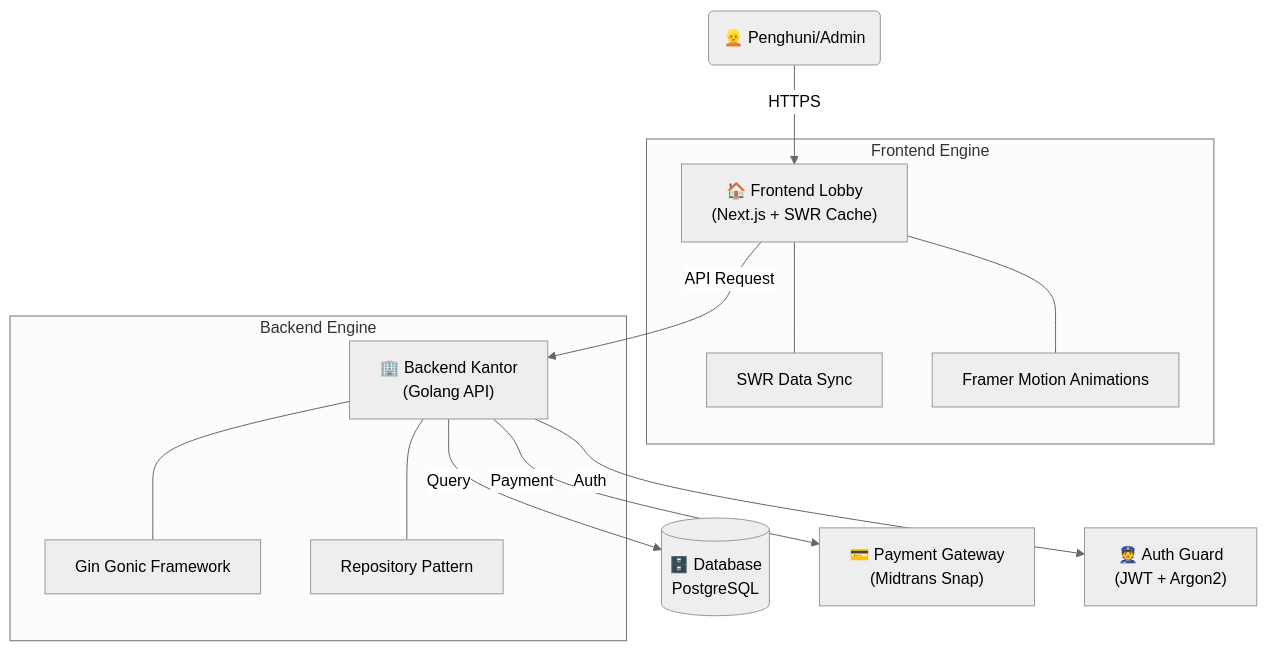
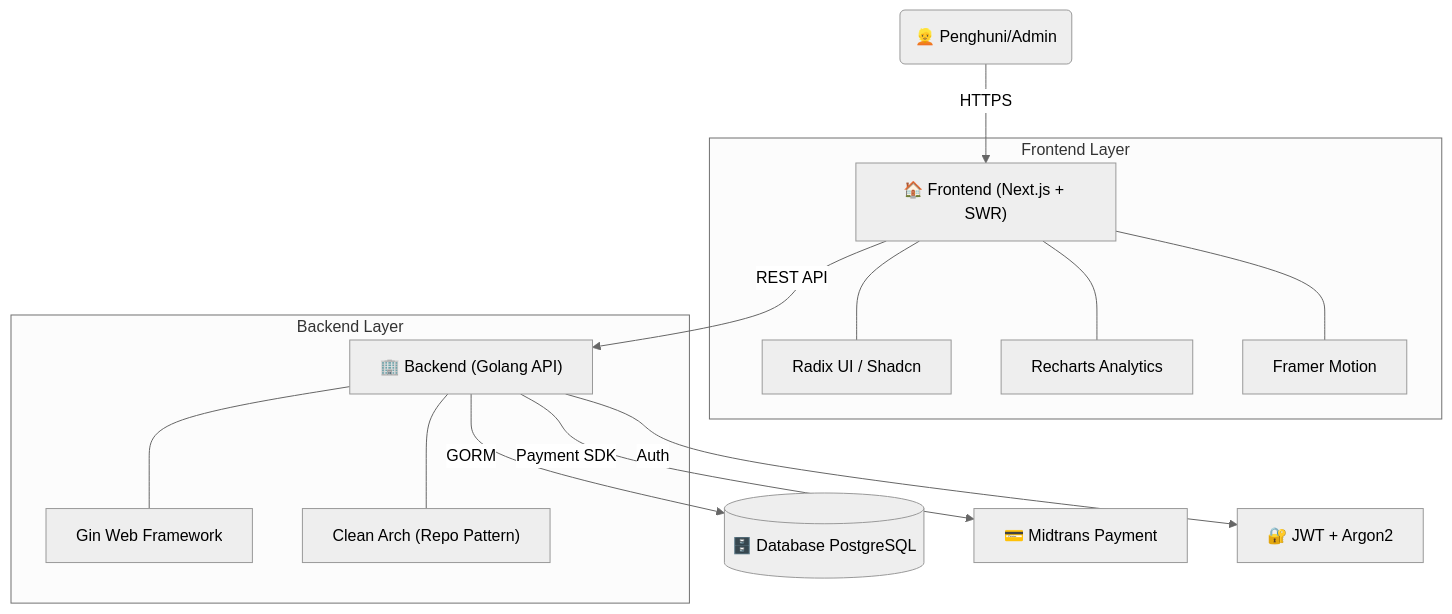
One commit to ArkanFzi/platfrom-kos changed the diagram in README.md. Above: the diagram before and after it, drawn with Mermaid (neutral theme). The commit also changed other lines of this file, not shown here.

````diff
--- a/README.md
+++ b/README.md
@@ -21,18 +20,19 @@
 ```mermaid
 graph TD
-    User("👱 Penghuni/Admin") -->|HTTPS| FE["🏠 Frontend Lobby<br>(Next.js + SWR Cache)"]
-    FE -->|API Request| BE["🏢 Backend Kantor<br>(Golang API)"]
-    BE -->|Query| DB[("🗄️ Database<br>PostgreSQL")]
-    BE -->|Payment| Midtrans["💳 Payment Gateway<br>(Midtrans Snap)"]
-    BE -->|Auth| Satpam["👮 Auth Guard<br>(JWT + Argon2)"]
+    User("👱 Penghuni/Admin") -->|HTTPS| FE["🏠 Frontend (Next.js + SWR)"]
+    FE -->|REST API| BE["🏢 Backend (Golang API)"]
+    BE -->|GORM| DB[("🗄️ Database PostgreSQL")]
+    BE -->|Payment SDK| Midtrans["💳 Midtrans Payment"]
+    BE -->|Auth| Security["🔐 JWT + Argon2"]
     
-    subgraph "Frontend Engine"
-    FE --- SWR[SWR Data Sync]
-    FE --- Framer[Framer Motion Animations]
+    subgraph "Frontend Layer"
+    FE --- Shadcn["Radix UI / Shadcn"]
+    FE --- Recharts["Recharts Analytics"]
+    FE --- Motion["Framer Motion"]
     end
 
-    subgraph "Backend Engine"
-    BE --- Gin[Gin Gonic Framework]
-    BE --- Repo[Repository Pattern]
+    subgraph "Backend Layer"
+    BE --- Gin["Gin Web Framework"]
+    BE --- Layer["Clean Arch (Repo Pattern)"]
     end
 ```
````
